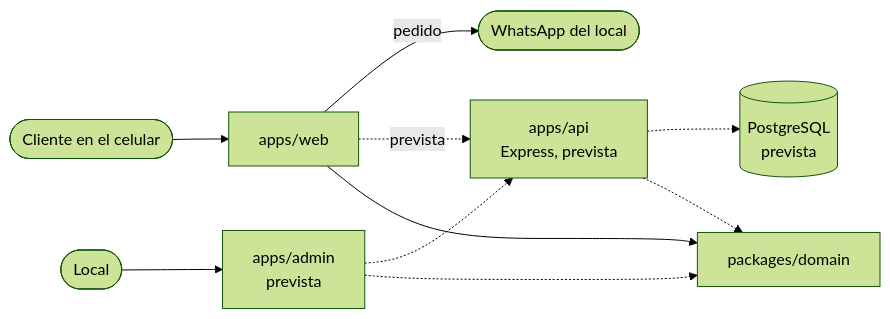
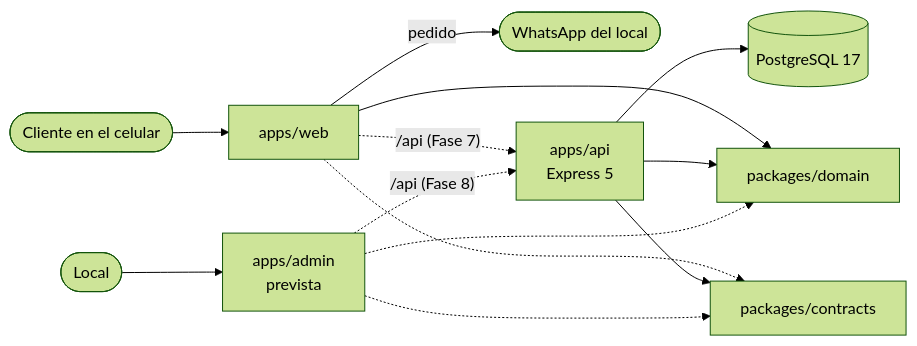
The diagram in docs/ARCHITECTURE.md (nachoLuarca/rapida-y-sabrosa-web), drawn with Mermaid (forest theme) before and after one commit. The commit also changed other lines of this file and 2 other files, not shown here.

````diff
--- a/docs/ARCHITECTURE.md
+++ b/docs/ARCHITECTURE.md
@@ -11,12 +11,15 @@
 ```mermaid
 flowchart LR
   cliente([Cliente en el celular]) --> web[apps/web]
   local([Local]) --> admin[apps/admin<br/>prevista]
   web -- pedido --> wa([WhatsApp del local])
-  web -. "prevista" .-> api[apps/api<br/>Express, prevista]
-  admin -.-> api
-  api -.-> db[(PostgreSQL<br/>prevista)]
+  web -. "/api (Fase 7)" .-> api[apps/api<br/>Express 5]
+  admin -. "/api (Fase 8)" .-> api
+  api --> db[(PostgreSQL 17)]
   web --> domain[packages/domain]
+  api --> domain
   admin -.-> domain
-  api -.-> domain
+  web -.-> contracts[packages/contracts]
+  api --> contracts
+  admin -.-> contracts
 ```
````
